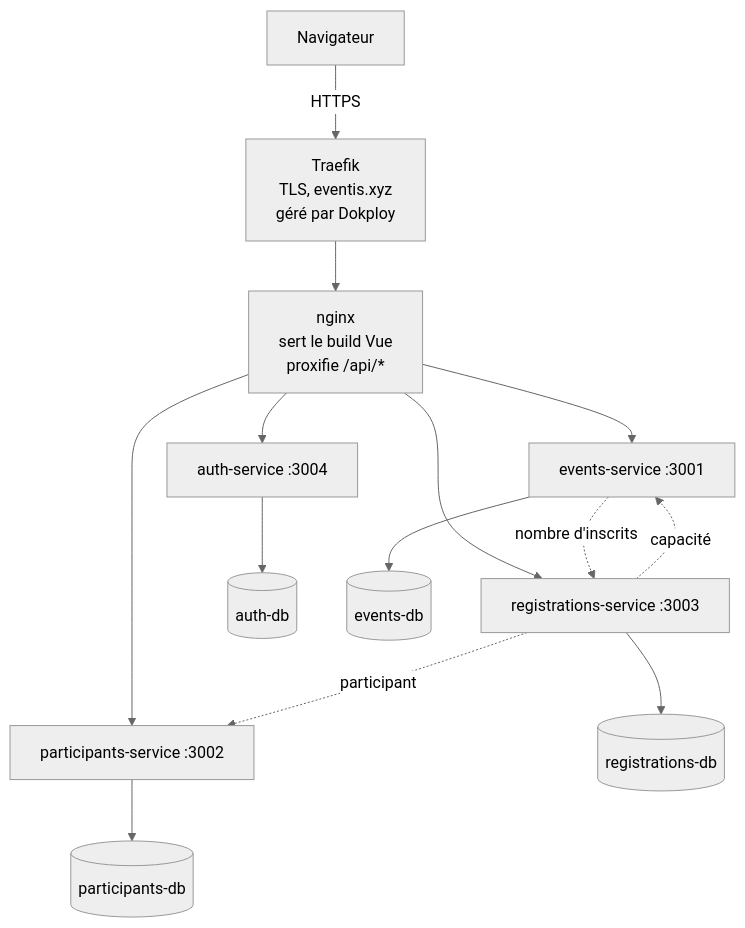
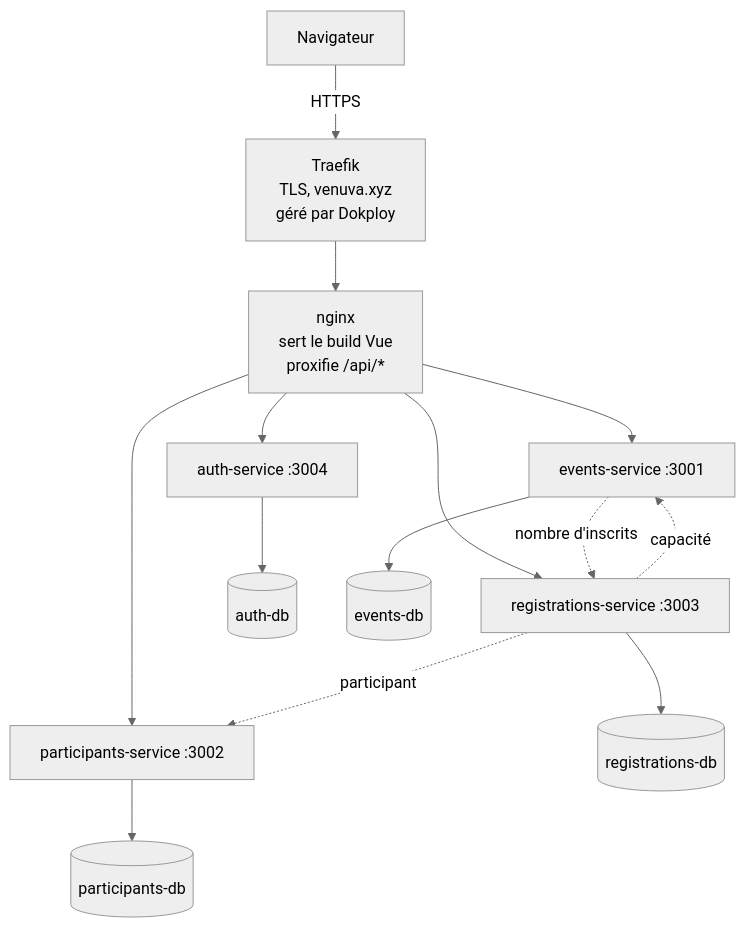
Before and after one commit to traorecheikh/eventis: the diagram in README.md, drawn with Mermaid (neutral theme). The commit also changed other lines of this file and 14 other files, not shown here.

First line of the commit message:
docs(kb): renommer le domaine eventis.xyz en venuva.xyz

````diff
--- a/README.md
+++ b/README.md
@@ -63,29 +63,29 @@
 ```mermaid
 graph TB
     U[Navigateur]
-    T["Traefik<br/>TLS, eventis.xyz<br/>géré par Dokploy"]
+    T["Traefik<br/>TLS, venuva.xyz<br/>géré par Dokploy"]
     NG["nginx<br/>sert le build Vue<br/>proxifie /api/*"]
 
     AU["auth-service :3004"]
     EV["events-service :3001"]
     PA["participants-service :3002"]
     RE["registrations-service :3003"]
 
     AUDB[("auth-db")]
     EVDB[("events-db")]
     PADB[("participants-db")]
     REDB[("registrations-db")]
 
     U -->|HTTPS| T --> NG
     NG --> AU
     NG --> EV
     NG --> PA
     NG --> RE
     AU --> AUDB
     EV --> EVDB
     PA --> PADB
     RE --> REDB
     RE -.->|capacité| EV
     RE -.->|participant| PA
     EV -.->|nombre d'inscrits| RE
 ```
````
